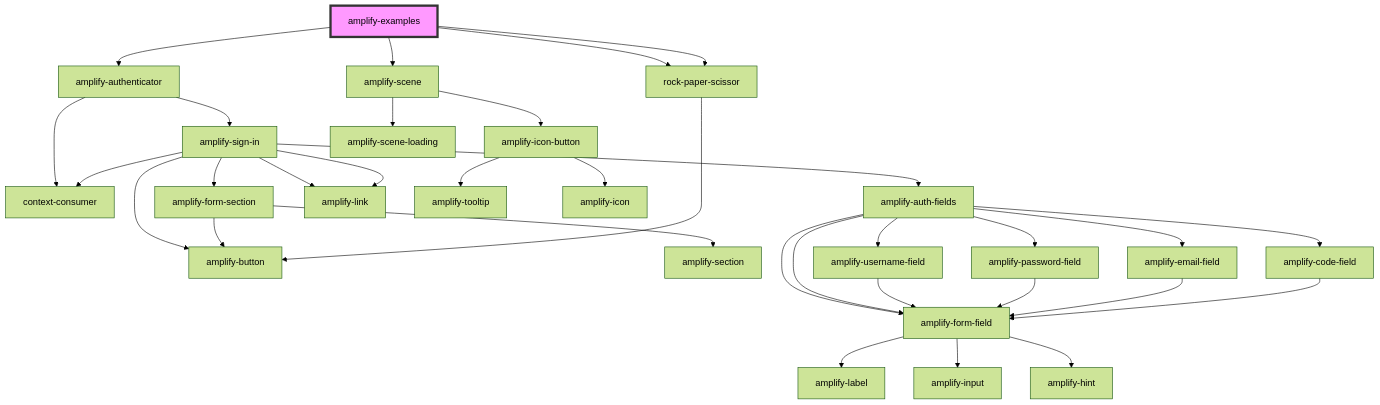
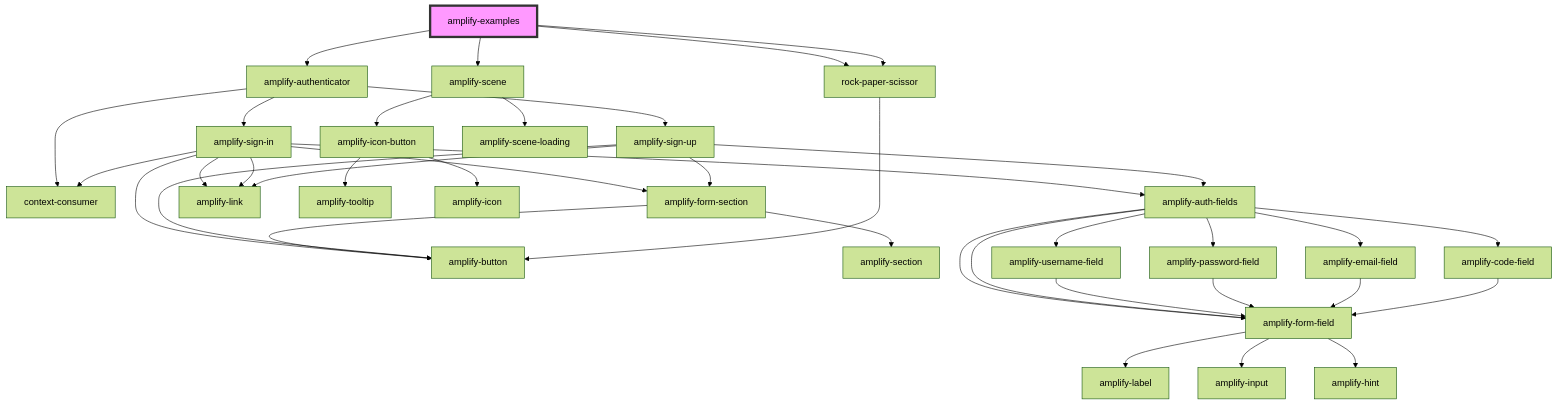
One commit to aws-amplify/amplify-js changed the diagram in packages/amplify-ui-components/src/components/amplify-examples/readme.md. Above: the diagram before and after it, drawn with Mermaid (forest theme). The commit also changed 23 other files, not shown here.

First line of the commit message:
feat:(@aws-amplify/ui-components) amplify-sign-up component (#4201)

````diff
--- a/packages/amplify-ui-components/src/components/amplify-examples/readme.md
+++ b/packages/amplify-ui-components/src/components/amplify-examples/readme.md
@@ -16,36 +16,41 @@
 ```mermaid
 graph TD;
   amplify-examples --> amplify-authenticator
   amplify-examples --> rock-paper-scissor
   amplify-examples --> rock-paper-scissor
   amplify-examples --> amplify-scene
   amplify-authenticator --> amplify-sign-in
+  amplify-authenticator --> amplify-sign-up
   amplify-authenticator --> context-consumer
   amplify-sign-in --> amplify-form-section
   amplify-sign-in --> amplify-auth-fields
   amplify-sign-in --> amplify-link
   amplify-sign-in --> context-consumer
   amplify-sign-in --> amplify-link
   amplify-sign-in --> amplify-button
   amplify-form-section --> amplify-section
   amplify-form-section --> amplify-button
   amplify-auth-fields --> amplify-username-field
   amplify-auth-fields --> amplify-password-field
   amplify-auth-fields --> amplify-email-field
   amplify-auth-fields --> amplify-code-field
   amplify-auth-fields --> amplify-form-field
   amplify-auth-fields --> amplify-form-field
   amplify-username-field --> amplify-form-field
   amplify-form-field --> amplify-label
   amplify-form-field --> amplify-input
   amplify-form-field --> amplify-hint
   amplify-password-field --> amplify-form-field
   amplify-email-field --> amplify-form-field
   amplify-code-field --> amplify-form-field
+  amplify-sign-up --> amplify-form-section
+  amplify-sign-up --> amplify-auth-fields
+  amplify-sign-up --> amplify-link
+  amplify-sign-up --> amplify-button
   rock-paper-scissor --> amplify-button
   amplify-scene --> amplify-icon-button
   amplify-scene --> amplify-scene-loading
   amplify-icon-button --> amplify-tooltip
   amplify-icon-button --> amplify-icon
   style amplify-examples fill:#f9f,stroke:#333,stroke-width:4px
 ```
````
